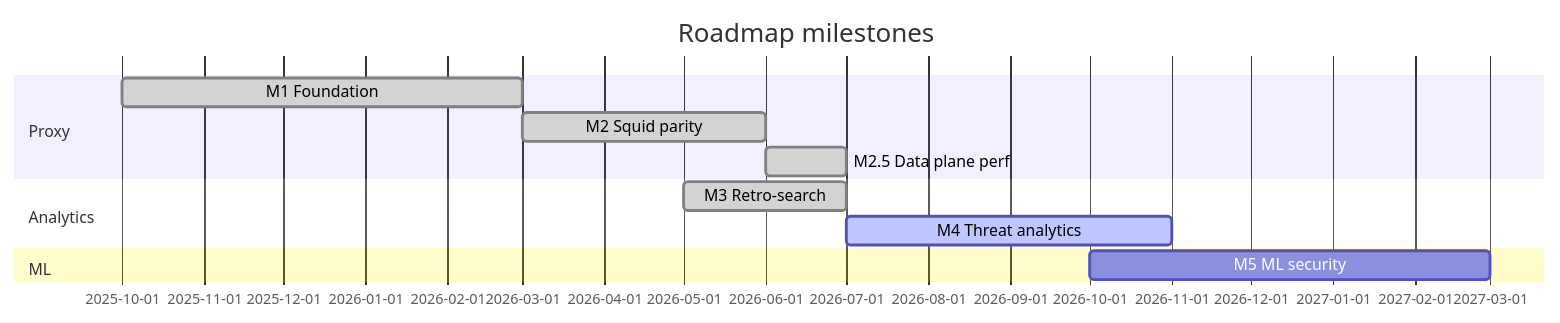
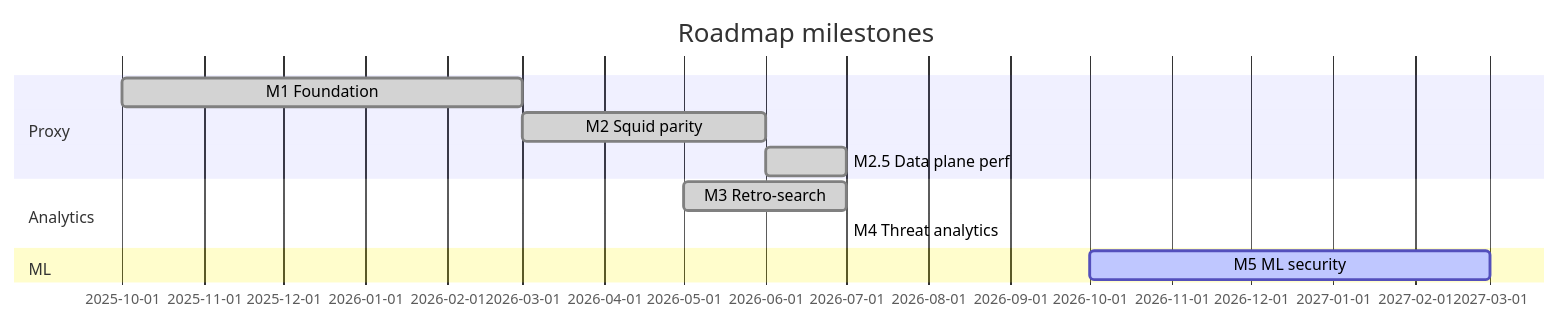
The diagram in docs/roadmap.md (onixus/bsdm-proxy), drawn with Mermaid before and after one commit. The commit also changed other lines of this file and 17 other files, not shown here.

````diff
--- a/docs/roadmap.md
+++ b/docs/roadmap.md
@@ -30,14 +30,14 @@
 ```mermaid
 gantt
   title Roadmap milestones
   dateFormat YYYY-MM
   section Proxy
   M1 Foundation           :done, m1, 2025-10, 2026-03
   M2 Squid parity         :done, m2, 2026-03, 2026-06
   M2.5 Data plane perf    :done, m25, 2026-06, 2026-07
   section Analytics
   M3 Retro-search         :done, m3, 2026-05, 2026-07
-  M4 Threat analytics     :active, m4, 2026-07, 2026-11
+  M4 Threat analytics     :done, m4, 2026-07, 2026-07
   section ML
-  M5 ML security          :m5, 2026-10, 2027-03
+  M5 ML security          :active, m5, 2026-10, 2027-03
 ```
````
